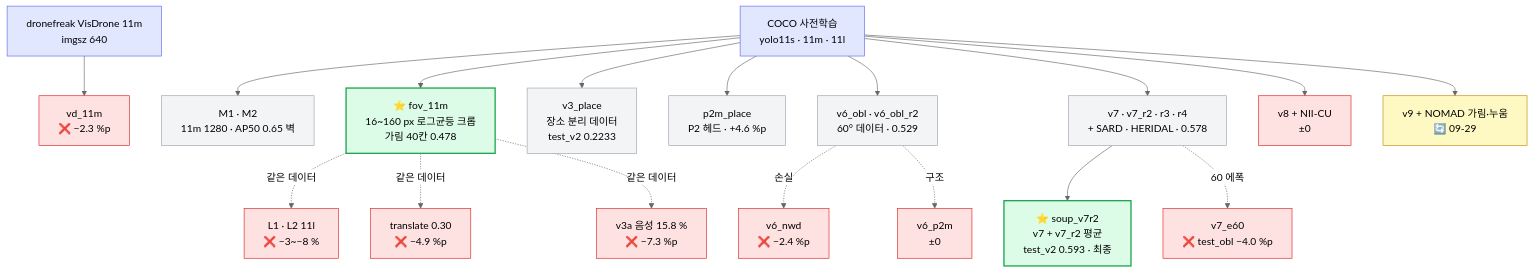
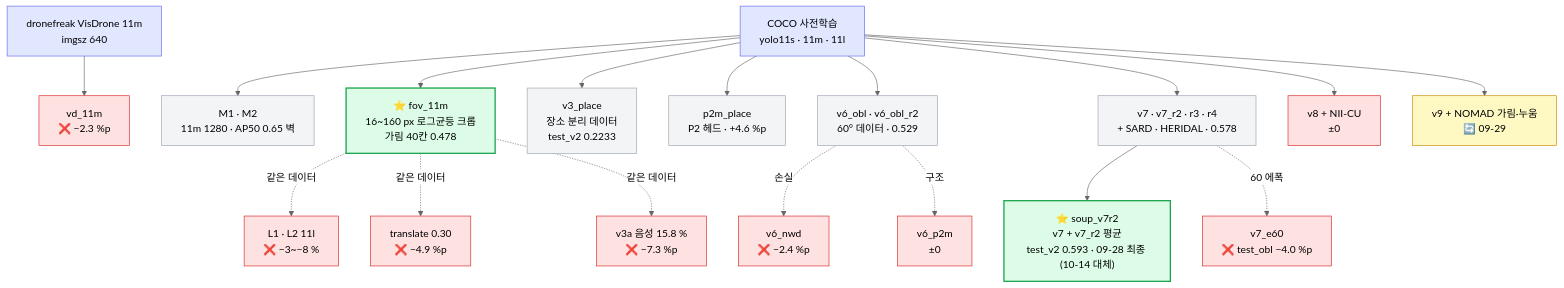
One commit to tim9985/Capstone changed the second of 3 diagrams in obsidian/03 모델/가중치 계보.md. Above: the diagram before and after it, drawn with Mermaid (neutral theme). The commit also changed other lines of this file and 48 other files, not shown here.

````diff
--- a/obsidian/03 모델/가중치 계보.md
+++ b/obsidian/03 모델/가중치 계보.md
@@ -11,28 +48,28 @@
 ```mermaid
 flowchart TD
     C["COCO 사전학습<br/>yolo11s · 11m · 11l"]:::pub
     VD["dronefreak VisDrone 11m<br/>imgsz 640"]:::pub
     C --> M1["M1 · M2<br/>11m 1280 · AP50 0.65 벽"]:::keep
     C --> F["⭐ fov_11m<br/>16~160 px 로그균등 크롭<br/>가림 40칸 0.478"]:::star
     F -. 같은 데이터 .-> L["L1 · L2 11l<br/>❌ −3~−8 %"]:::rej
     F -. 같은 데이터 .-> TR["translate 0.30<br/>❌ −4.9 %p"]:::rej
     F -. 같은 데이터 .-> NG["v3a 음성 15.8 %<br/>❌ −7.3 %p"]:::rej
     VD --> D["vd_11m<br/>❌ −2.3 %p"]:::rej
     C --> P["v3_place<br/>장소 분리 데이터<br/>test_v2 0.2233"]:::keep
     C --> P2["p2m_place<br/>P2 헤드 · +4.6 %p"]:::keep
     C --> V6["v6_obl · v6_obl_r2<br/>60° 데이터 · 0.529"]:::keep
     V6 -. 손실 .-> NWD["v6_nwd<br/>❌ −2.4 %p"]:::rej
     V6 -. 구조 .-> V6P["v6_p2m<br/>±0"]:::rej
     C --> V7["v7 · v7_r2 · r3 · r4<br/>+ SARD · HERIDAL · 0.578"]:::keep
     C --> V8["v8 + NII-CU<br/>±0"]:::rej
-    V7 --> S["⭐ soup_v7r2<br/>v7 + v7_r2 평균<br/>test_v2 0.593 · 최종"]:::star
+    V7 --> S["⭐ soup_v7r2<br/>v7 + v7_r2 평균<br/>test_v2 0.593 · 09-28 최종 (10-14 대체)"]:::star
     V7 -. 60 에폭 .-> E60["v7_e60<br/>❌ test_obl −4.0 %p"]:::rej
     C --> V9["v9 + NOMAD 가림·누움<br/>🔄 09-29"]:::run
 
     classDef pub fill:#e0e7ff,stroke:#6366f1
     classDef keep fill:#f3f4f6,stroke:#9ca3af
     classDef star fill:#dcfce7,stroke:#16a34a,stroke-width:2px
     classDef rej fill:#fee2e2,stroke:#dc2626
     classDef run fill:#fef9c3,stroke:#ca8a04
     classDef plan fill:#fff,stroke:#9ca3af,stroke-dasharray:4 3
 ```
````
